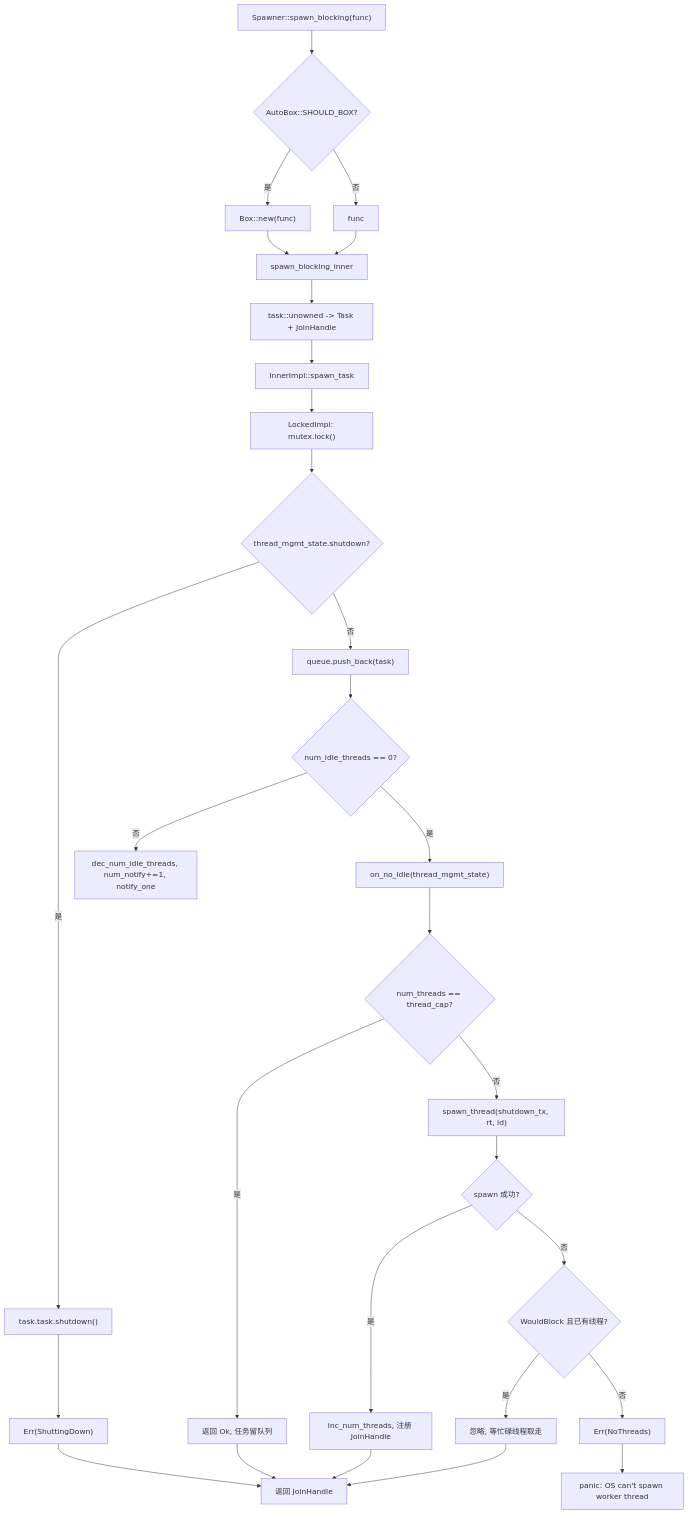
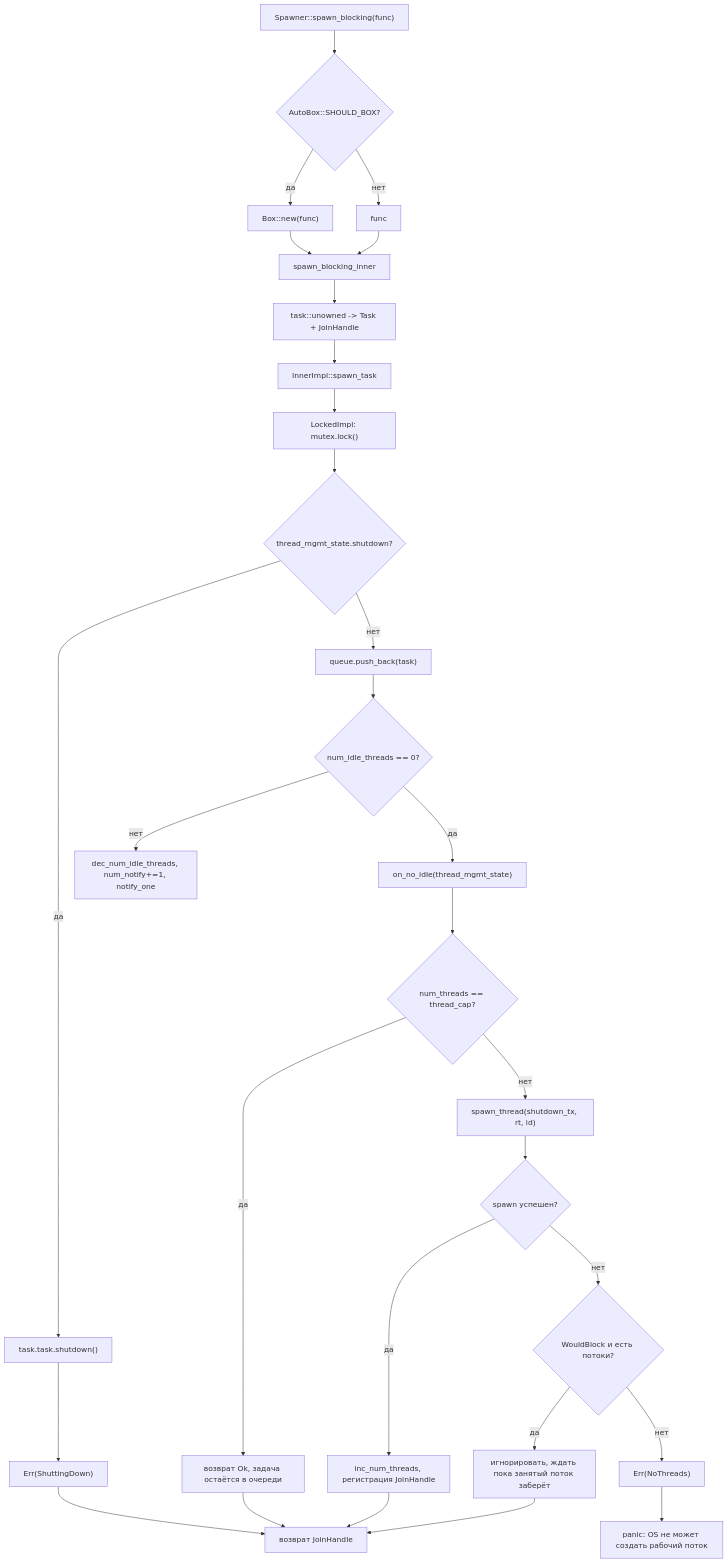
The first of 2 diagrams in books/tokio/ru/08-blocking-thread-pool.md (maleRjc/AiReadCodeBooks), drawn with Mermaid before and after one commit. The commit also changed other lines of this file and 74 other files, not shown here.

````diff
--- a/books/tokio/ru/08-blocking-thread-pool.md
+++ b/books/tokio/ru/08-blocking-thread-pool.md
@@ -84,31 +84,31 @@
 ```mermaid
 flowchart TD
     call["Spawner::spawn_blocking(func)"] --> box{"AutoBox::SHOULD_BOX?"}
-    box -->|是| boxed["Box::new(func)"]
-    box -->|否| raw["func"]
+    box -->|да| boxed["Box::new(func)"]
+    box -->|нет| raw["func"]
     boxed --> inner["spawn_blocking_inner"]
     raw --> inner
     inner --> unowned["task::unowned -> Task + JoinHandle"]
     unowned --> spawn_task["InnerImpl::spawn_task"]
     spawn_task --> lock["LockedImpl: mutex.lock()"]
     lock --> shutting{"thread_mgmt_state.shutdown?"}
-    shutting -->|是| discard["task.task.shutdown()"]
+    shutting -->|да| discard["task.task.shutdown()"]
     discard --> err_sd["Err(ShuttingDown)"]
-    shutting -->|否| push["queue.push_back(task)"]
+    shutting -->|нет| push["queue.push_back(task)"]
     push --> idle{"num_idle_threads == 0?"}
-    idle -->|是| on_no_idle["on_no_idle(thread_mgmt_state)"]
+    idle -->|да| on_no_idle["on_no_idle(thread_mgmt_state)"]
     on_no_idle --> cap{"num_threads == thread_cap?"}
-    cap -->|是| backpressure["返回 Ok, 任务留队列"]
-    cap -->|否| spawn_th["spawn_thread(shutdown_tx, rt, id)"]
-    spawn_th --> th_ok{"spawn 成功?"}
-    th_ok -->|是| reg["inc_num_threads, 注册 JoinHandle"]
-    th_ok -->|否| tmp{"WouldBlock 且已有线程?"}
-    tmp -->|是| ignore["忽略, 等忙碌线程取走"]
-    tmp -->|否| err_nt["Err(NoThreads)"]
-    idle -->|否| notify["dec_num_idle_threads, num_notify+=1, notify_one"]
-    err_sd --> ret["返回 JoinHandle"]
+    cap -->|да| backpressure["возврат Ok, задача остаётся в очереди"]
+    cap -->|нет| spawn_th["spawn_thread(shutdown_tx, rt, id)"]
+    spawn_th --> th_ok{"spawn успешен?"}
+    th_ok -->|да| reg["inc_num_threads, регистрация JoinHandle"]
+    th_ok -->|нет| tmp{"WouldBlock и есть потоки?"}
+    tmp -->|да| ignore["игнорировать, ждать пока занятый поток заберёт"]
+    tmp -->|нет| err_nt["Err(NoThreads)"]
+    idle -->|нет| notify["dec_num_idle_threads, num_notify+=1, notify_one"]
+    err_sd --> ret["возврат JoinHandle"]
     backpressure --> ret
     reg --> ret
     ignore --> ret
-    err_nt --> panic_os["panic: OS can't spawn worker thread"]
+    err_nt --> panic_os["panic: OS не может создать рабочий поток"]
 ```
````
